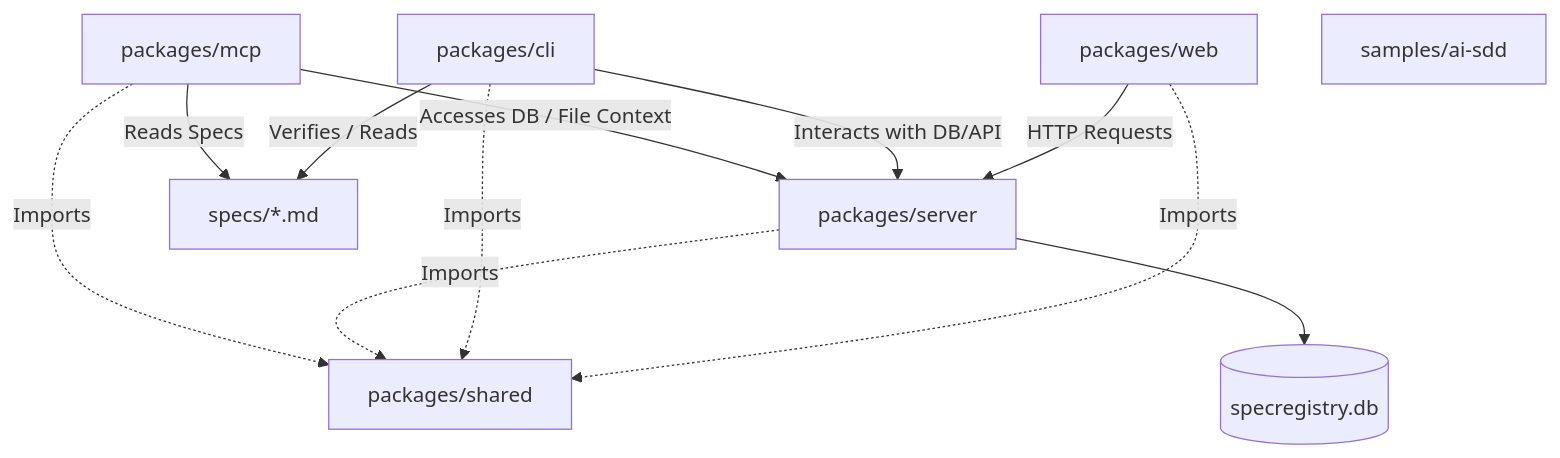
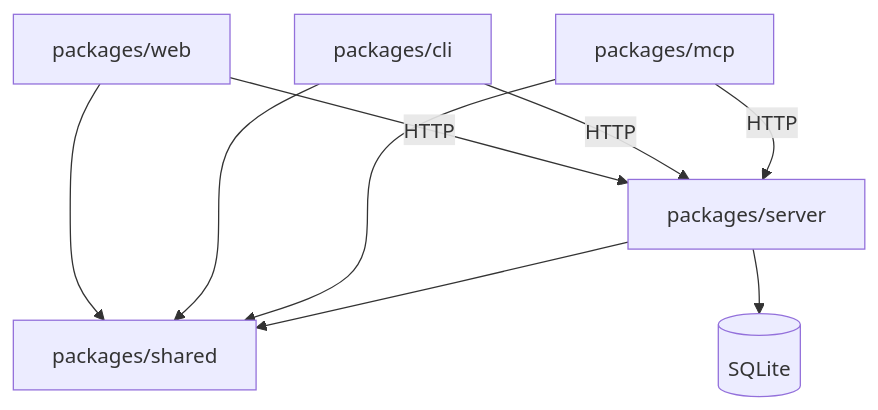
Before and after one commit to joeldg/SpecRegistry: the third of 3 diagrams in CLAUDE.md, drawn with Mermaid. The commit also changed other lines of this file and 16 other files, not shown here.

Commit message:
Migrate and correct governed architecture specifications

````diff
--- a/CLAUDE.md
+++ b/CLAUDE.md
@@ -1217,32 +854,11 @@
 ```mermaid
-graph TD
-    %% Execution Layer
-    Web[packages/web]
-    CLI[packages/cli]
-    MCP[packages/mcp]
-    Server[packages/server]
-    Shared[packages/shared]
-
-    %% Persistent Layer
-    DB[(specregistry.db)]
-
-    %% File Inputs
-    Specs[specs/*.md]
-    Samples[samples/ai-sdd]
-
-    %% Dependencies
-    Web -->|HTTP Requests| Server
-    CLI -->|Verifies / Reads| Specs
-    CLI -->|Interacts with DB/API| Server
-    MCP -->|Accesses DB / File Context| Server
-    MCP -->|Reads Specs| Specs
-
-    %% Shared module bounds
-    Web -.->|Imports| Shared
-    CLI -.->|Imports| Shared
-    Server -.->|Imports| Shared
-    MCP -.->|Imports| Shared
-
-    %% Database bindings
-    Server --> DB
+flowchart TD
+  Web["packages/web"] --> Shared["packages/shared"]
+  CLI["packages/cli"] --> Shared
+  MCP["packages/mcp"] --> Shared
+  Server["packages/server"] --> Shared
+  Web -->|"HTTP"| Server
+  CLI -->|"HTTP"| Server
+  MCP -->|"HTTP"| Server
+  Server --> DB[("SQLite")]
 ```
````
